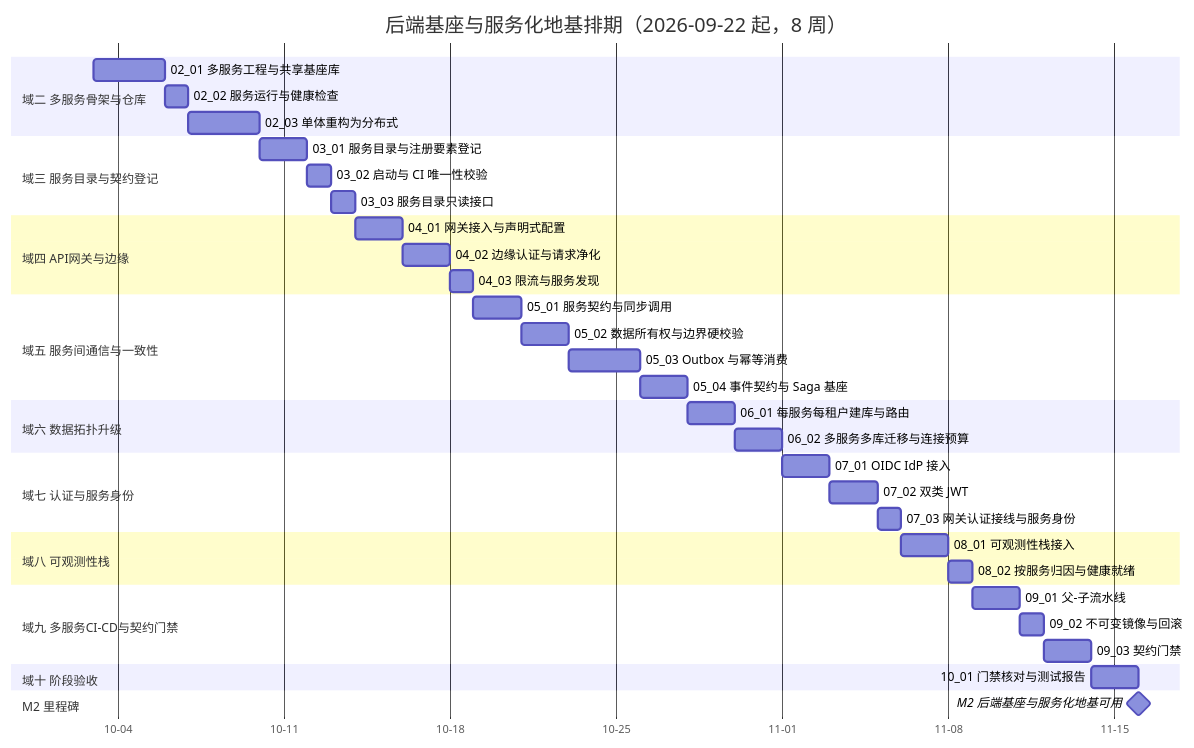
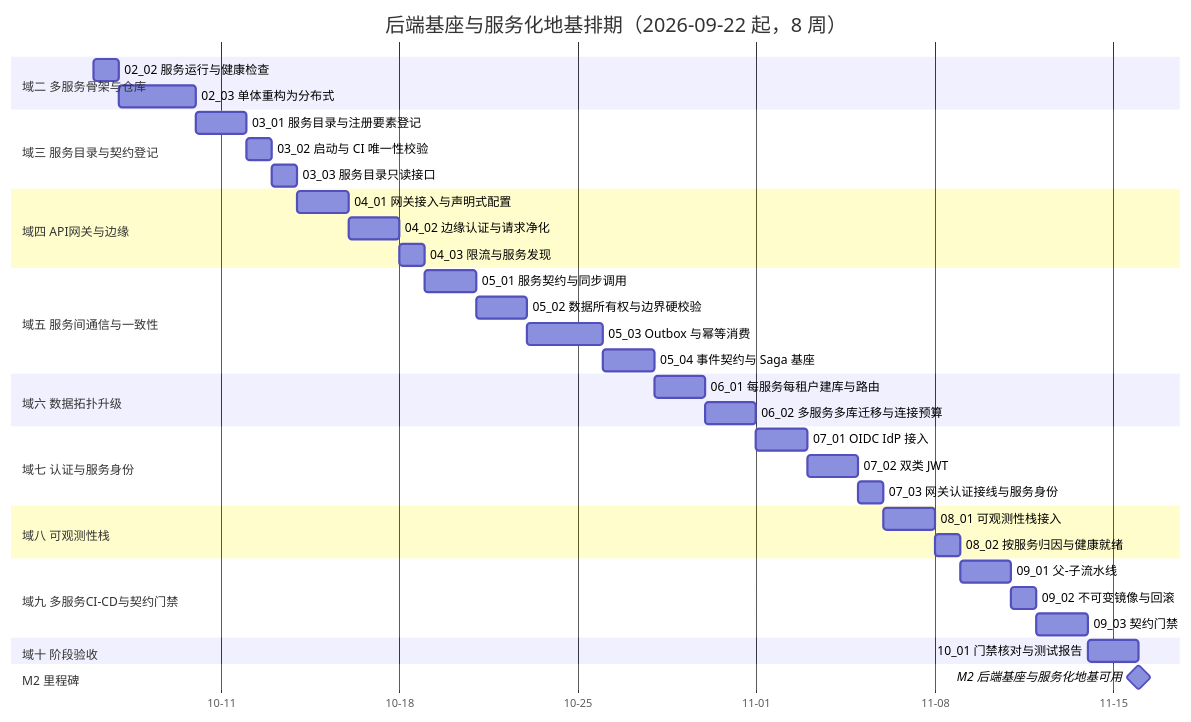
The diagram in bms文档/项目/02_后端基座与服务化地基/计划/01_计划_后端基座与服务化地基.md (minjian123/basic-management-system), drawn with Mermaid before and after one commit. The commit also changed other lines of this file and 13 other files, not shown here.

````diff
--- a/bms文档/项目/02_后端基座与服务化地基/计划/01_计划_后端基座与服务化地基.md
+++ b/bms文档/项目/02_后端基座与服务化地基/计划/01_计划_后端基座与服务化地基.md
@@ -57,41 +57,40 @@
 ```mermaid
 gantt
     title 后端基座与服务化地基排期（2026-09-22 起，8 周）
     dateFormat  YYYY-MM-DD
     axisFormat %m-%d
     section 域二 多服务骨架与仓库
-    02_01 多服务工程与共享基座库 :a0201, 2026-10-03, 3d
-    02_02 服务运行与健康检查 :a0202, after a0201, 1d
+    02_02 服务运行与健康检查 :a0202, 2026-10-06, 1d
     02_03 单体重构为分布式 :a0203, after a0202, 3d
     section 域三 服务目录与契约登记
     03_01 服务目录与注册要素登记 :a0301, after a0203, 2d
     03_02 启动与 CI 唯一性校验 :a0302, after a0301, 1d
     03_03 服务目录只读接口 :a0303, after a0302, 1d
     section 域四 API网关与边缘
     04_01 网关接入与声明式配置 :a0401, after a0303, 2d
     04_02 边缘认证与请求净化 :a0402, after a0401, 2d
     04_03 限流与服务发现 :a0403, after a0402, 1d
     section 域五 服务间通信与一致性
     05_01 服务契约与同步调用 :a0501, after a0403, 2d
     05_02 数据所有权与边界硬校验 :a0502, after a0501, 2d
     05_03 Outbox 与幂等消费 :a0503, after a0502, 3d
     05_04 事件契约与 Saga 基座 :a0504, after a0503, 2d
     section 域六 数据拓扑升级
     06_01 每服务每租户建库与路由 :a0601, after a0504, 2d
     06_02 多服务多库迁移与连接预算 :a0602, after a0601, 2d
     section 域七 认证与服务身份
     07_01 OIDC IdP 接入 :a0701, after a0602, 2d
     07_02 双类 JWT :a0702, after a0701, 2d
     07_03 网关认证接线与服务身份 :a0703, after a0702, 1d
     section 域八 可观测性栈
     08_01 可观测性栈接入 :a0801, after a0703, 2d
     08_02 按服务归因与健康就绪 :a0802, after a0801, 1d
     section 域九 多服务CI-CD与契约门禁
     09_01 父-子流水线 :a0901, after a0802, 2d
     09_02 不可变镜像与回滚 :a0902, after a0901, 1d
     09_03 契约门禁 :a0903, after a0902, 2d
     section 域十 阶段验收
     10_01 门禁核对与测试报告 :a1001, after a0903, 2d
     section M2 里程碑
     M2 后端基座与服务化地基可用 :milestone, mm2, after a1001, 0d
 ```
````
